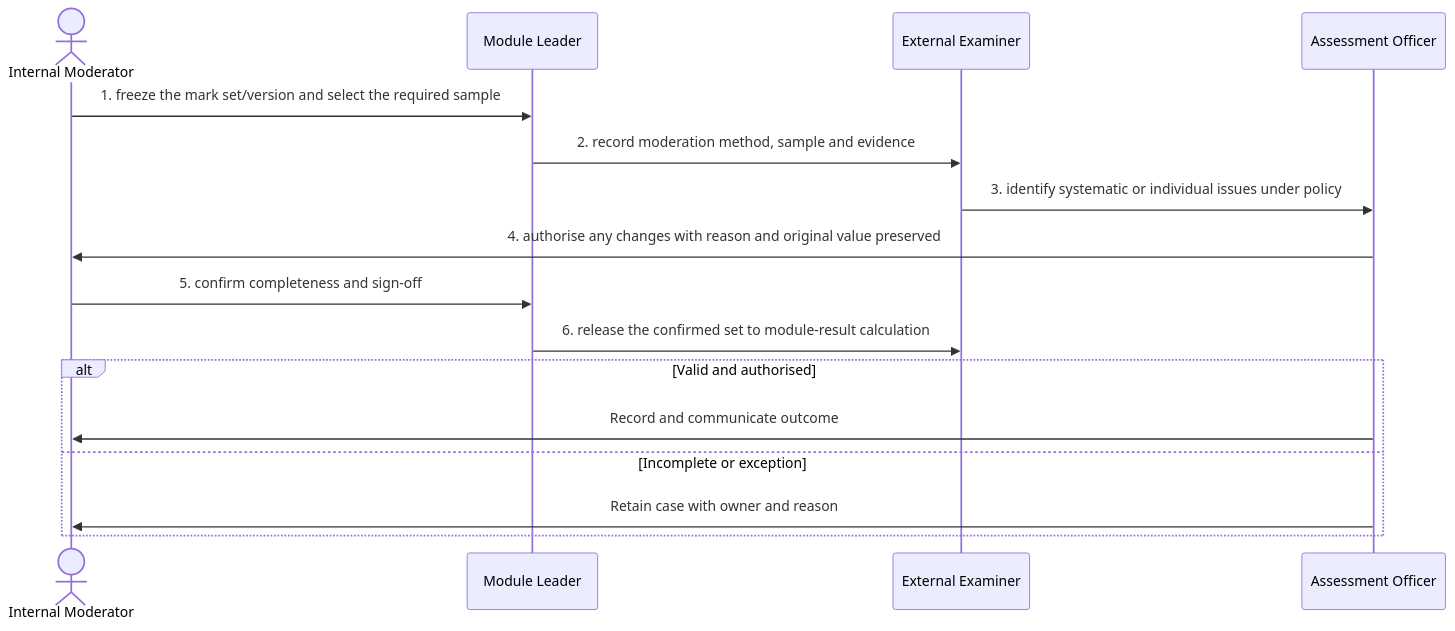
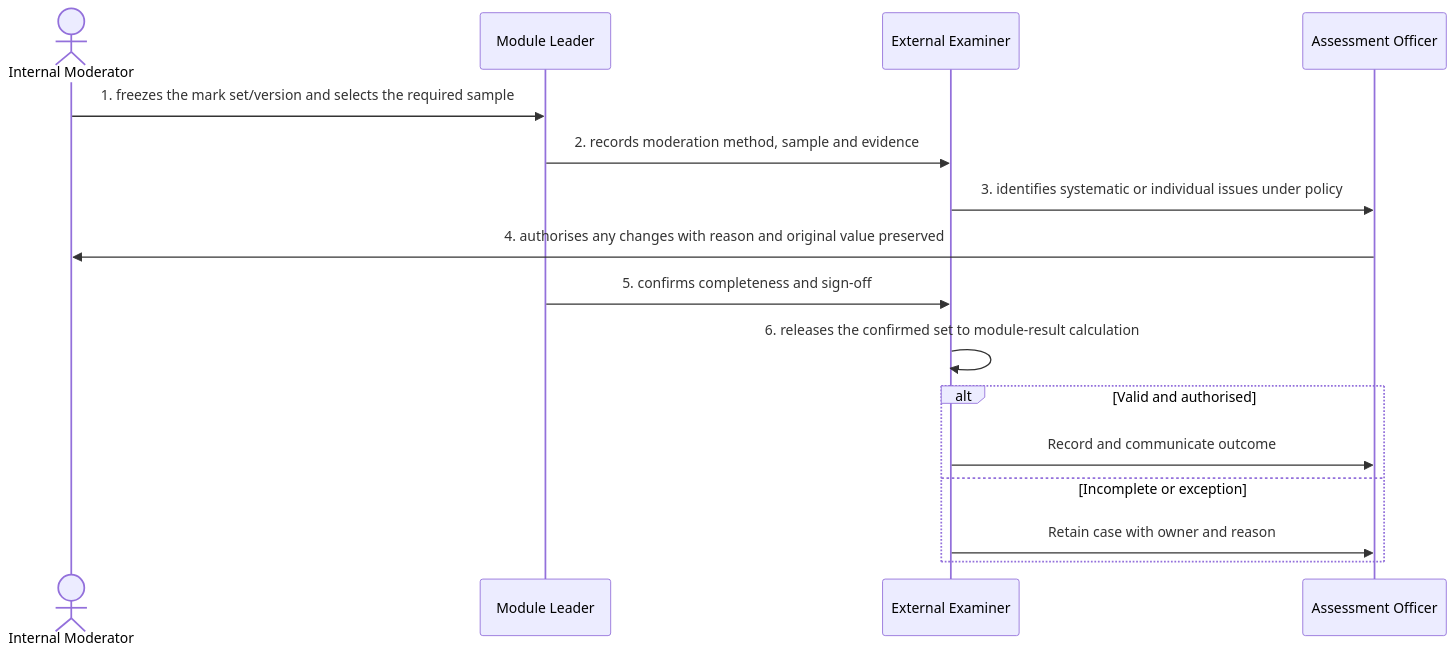
Before and after one commit to RevelationCore/Revelation-SRS: the diagram in docs/business-processes/05-assessment-and-results/bp-05-004-moderate-and-confirm-marks.md, drawn with Mermaid. The commit also changed other lines of this file and 96 other files, not shown here.

````diff
--- a/docs/business-processes/05-assessment-and-results/bp-05-004-moderate-and-confirm-marks.md
+++ b/docs/business-processes/05-assessment-and-results/bp-05-004-moderate-and-confirm-marks.md
@@ -158,18 +158,18 @@
 ```mermaid
 sequenceDiagram
     actor A1 as Internal Moderator
     participant A2 as Module Leader
     participant A3 as External Examiner
     participant A4 as Assessment Officer
-    A1->>A2: 1. freeze the mark set/version and select the required sample
-    A2->>A3: 2. record moderation method, sample and evidence
-    A3->>A4: 3. identify systematic or individual issues under policy
-    A4->>A1: 4. authorise any changes with reason and original value preserved
-    A1->>A2: 5. confirm completeness and sign-off
-    A2->>A3: 6. release the confirmed set to module-result calculation
+    A1->>A2: 1. freezes the mark set/version and selects the required sample
+    A2->>A3: 2. records moderation method, sample and evidence
+    A3->>A4: 3. identifies systematic or individual issues under policy
+    A4->>A1: 4. authorises any changes with reason and original value preserved
+    A2->>A3: 5. confirms completeness and sign-off
+    A3->>A3: 6. releases the confirmed set to module-result calculation
     alt Valid and authorised
-        A4->>A1: Record and communicate outcome
+        A3->>A4: Record and communicate outcome
     else Incomplete or exception
-        A4->>A1: Retain case with owner and reason
+        A3->>A4: Retain case with owner and reason
     end
 ```
````
